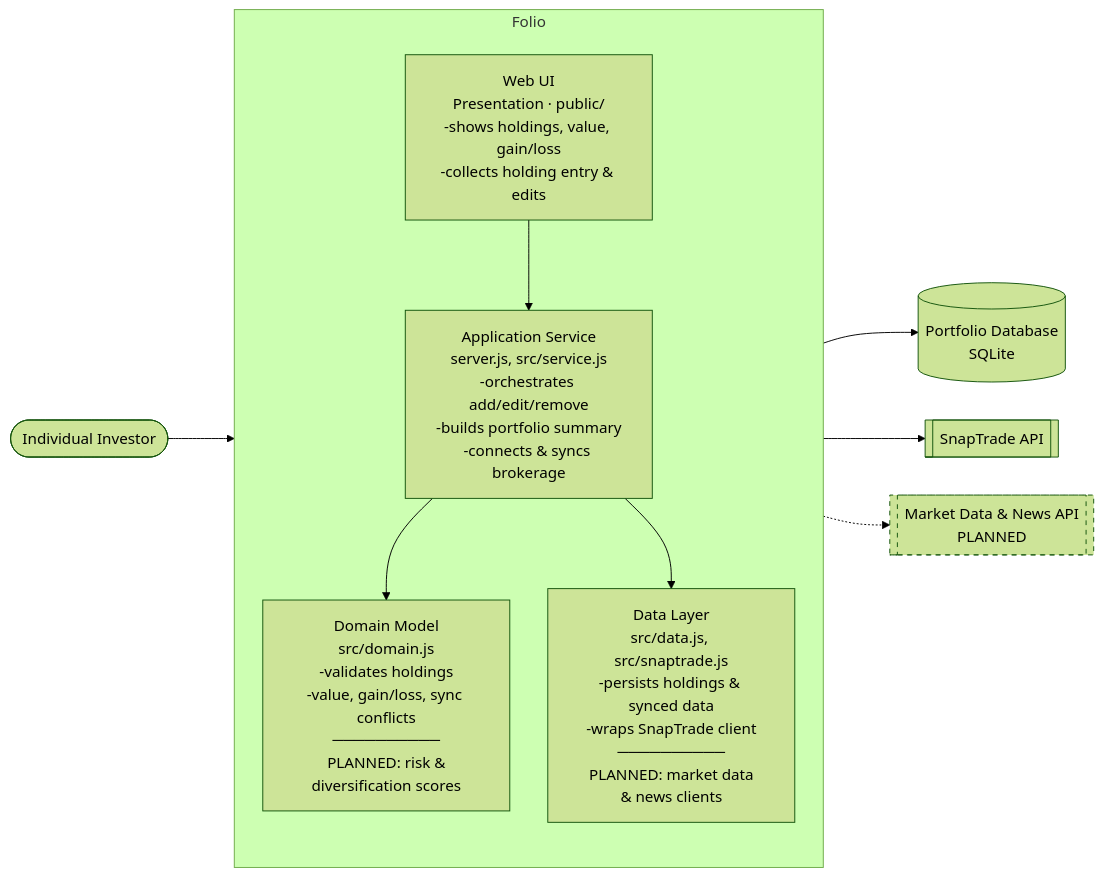
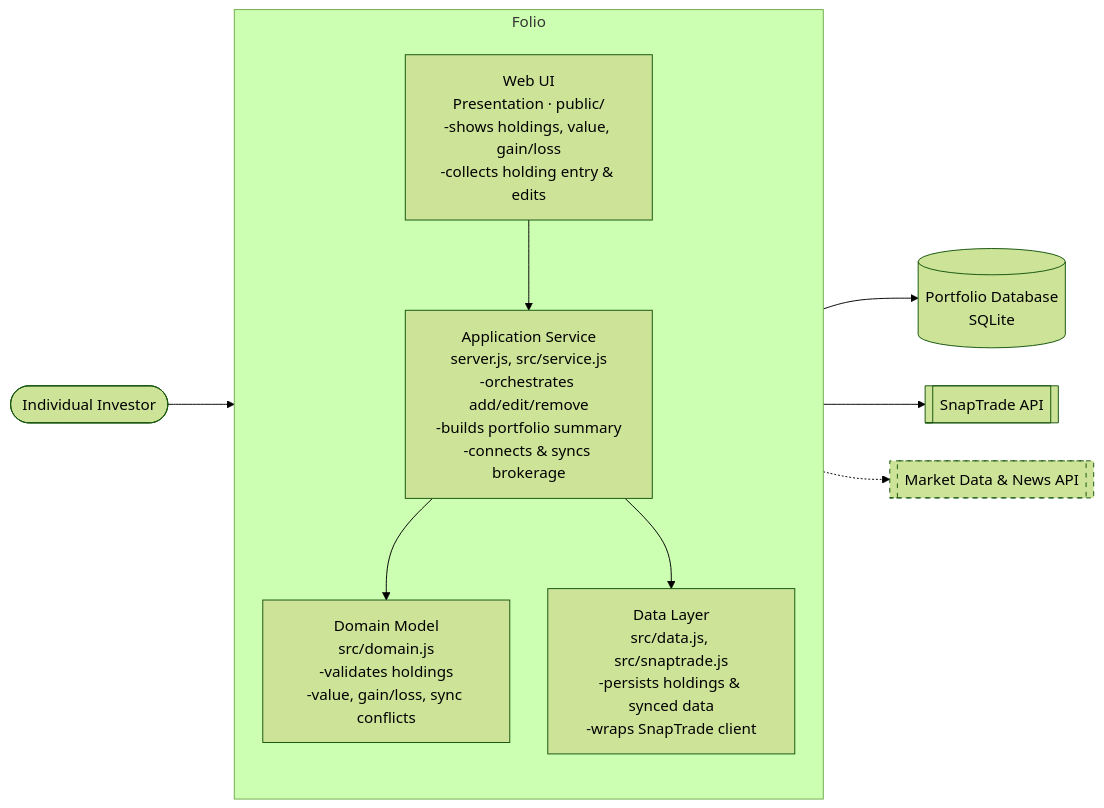
The second of 5 diagrams in README.md (dquin144/cen5064-project-quinones), drawn with Mermaid (forest theme) before and after one commit. The commit also changed other lines of this file, not shown here.

Commit message:
Show planned parts with dashes only; drop the news risk

````diff
--- a/README.md
+++ b/README.md
@@ -115,27 +115,27 @@
 ```mermaid
 %%{init: {'flowchart': {'nodeSpacing': 40, 'rankSpacing': 70, 'curve': 'basis'}}}%%
 flowchart LR
     user([Individual Investor])
 
     subgraph System [Folio]
         direction TB
         ui[Web UI<br/>Presentation · public/<br/>-shows holdings, value, gain/loss<br/>-collects holding entry & edits]
         service[Application Service<br/>server.js, src/service.js<br/>-orchestrates add/edit/remove<br/>-builds portfolio summary<br/>-connects & syncs brokerage]
-        domain[Domain Model<br/>src/domain.js<br/>-validates holdings<br/>-value, gain/loss, sync conflicts<br/>──────────<br/>PLANNED: risk &<br/>diversification scores]
-        data[Data Layer<br/>src/data.js, src/snaptrade.js<br/>-persists holdings & synced data<br/>-wraps SnapTrade client<br/>──────────<br/>PLANNED: market data<br/>& news clients]
+        domain[Domain Model<br/>src/domain.js<br/>-validates holdings<br/>-value, gain/loss, sync conflicts]
+        data[Data Layer<br/>src/data.js, src/snaptrade.js<br/>-persists holdings & synced data<br/>-wraps SnapTrade client]
         ui --> service --> domain
         service --> data
     end
 
     db[(Portfolio Database<br/>SQLite)]
     snaptrade[[SnapTrade API]]
-    market[[Market Data & News API<br/>PLANNED]]
+    market[[Market Data & News API]]
 
     user --> ui
     data --> db
     data --> snaptrade
     data -.-> market
 
     classDef planned stroke-dasharray: 5 5
     class market planned
 ```
````
